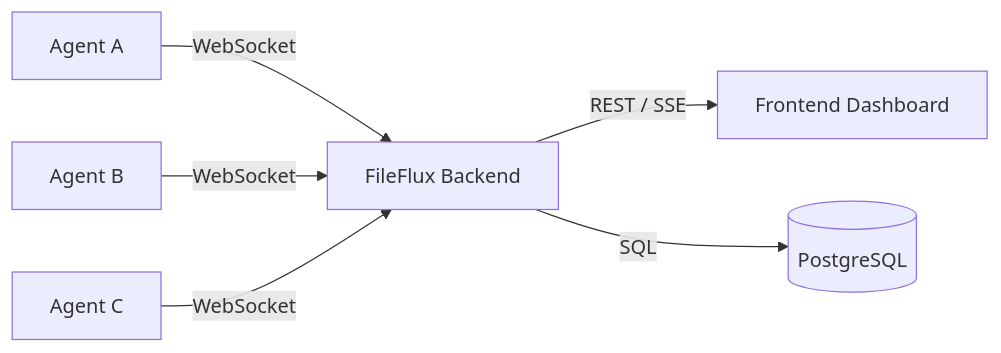
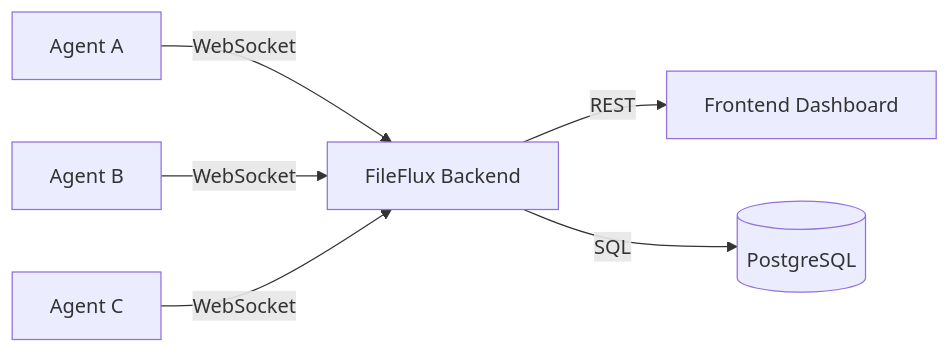
The diagram in assets/mkdocs/index.md (stefanposs/file-flux), drawn with Mermaid before and after one commit. The commit also changed other lines of this file and 26 other files, not shown here.

````diff
--- a/assets/mkdocs/index.md
+++ b/assets/mkdocs/index.md
@@ -43,8 +45,8 @@
 ```mermaid
 graph LR
     A[Agent A] -->|WebSocket| B[FileFlux Backend]
     C[Agent B] -->|WebSocket| B
     D[Agent C] -->|WebSocket| B
-    B -->|REST / SSE| E[Frontend Dashboard]
+    B -->|REST| E[Frontend Dashboard]
     B -->|SQL| F[(PostgreSQL)]
 ```
````
